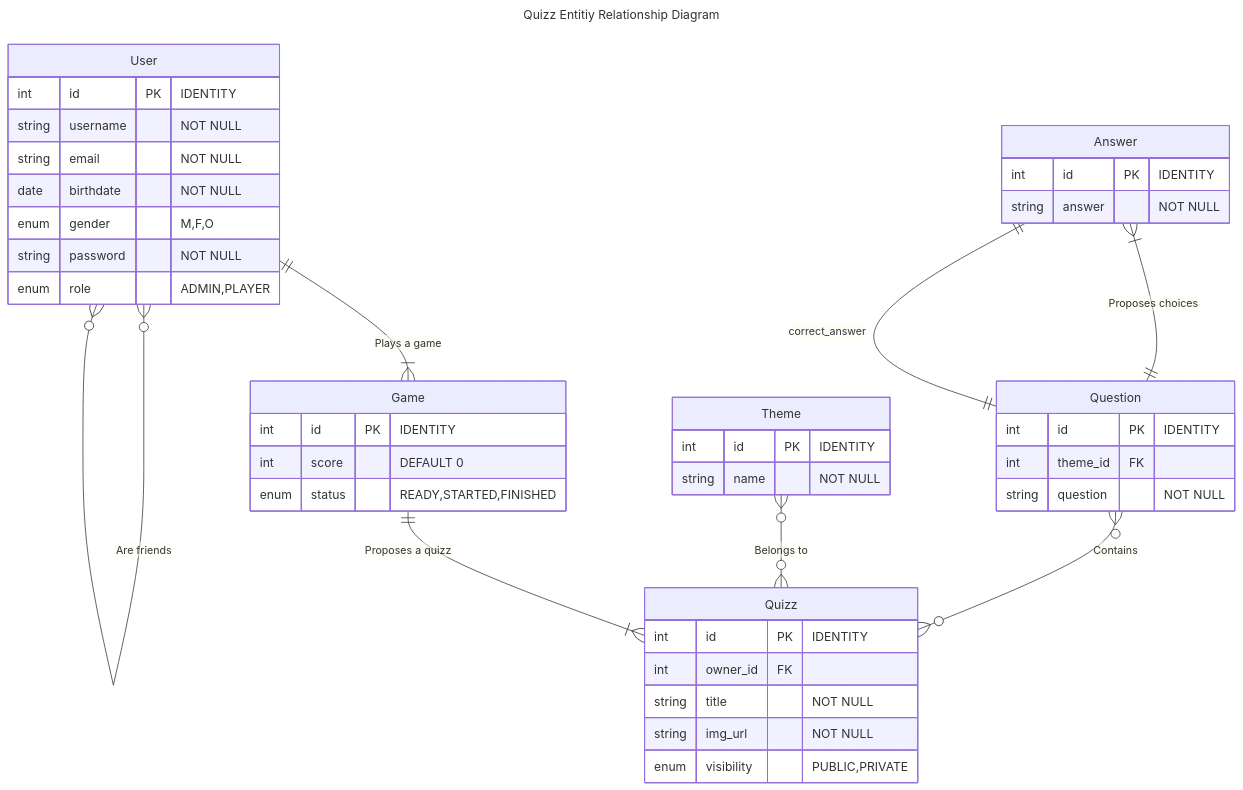
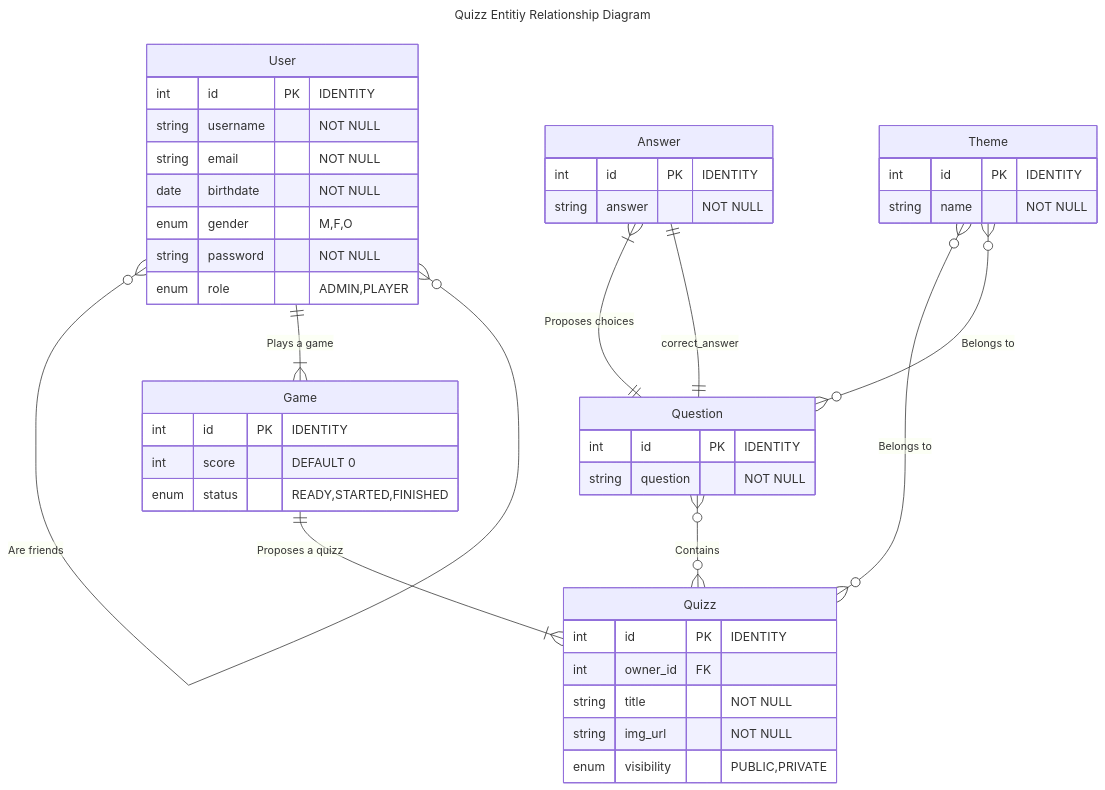
Before and after one commit to efemero-formation-fullstack/quizz: the diagram in README.md, drawn with Mermaid.

Commit message:
update README.md to reflect the entities relations

````diff
--- a/README.md
+++ b/README.md
@@ -5,56 +5,56 @@
 ```mermaid
 ---
 title: Quizz Entitiy Relationship Diagram
 ---
 
 erDiagram
 	User {
 		int id PK "IDENTITY"
 		string username "NOT NULL"
 		string email "NOT NULL"
 		date birthdate "NOT NULL"
 		enum gender "M,F,O"
 		string password "NOT NULL"
 		enum role "ADMIN,PLAYER"
 	}
 
     Quizz {
 		int id PK "IDENTITY"
         int owner_id FK
         string title "NOT NULL"
         string img_url "NOT NULL"
         enum visibility "PUBLIC,PRIVATE"
     }
 
 
     Game {
 		int id PK "IDENTITY"
         int score "DEFAULT 0"
         enum status "READY,STARTED,FINISHED"
         
     }
 
     Question {
 		int id PK "IDENTITY"
-        int theme_id FK
         string question "NOT NULL"
     }
 
     Answer {
 		int id PK "IDENTITY"
         string answer "NOT NULL"
     }
 
     Theme {
 		int id PK "IDENTITY"
         string name "NOT NULL"
     }
 
 	User }o--o{ User : "Are friends"
 	Question }o--o{ Quizz : "Contains"
 	Theme }o--o{ Quizz : "Belongs to"
+	Theme }o--o{ Question : "Belongs to"
 	Answer }|--|| Question : "Proposes choices"
 	User ||--|{ Game : "Plays a game"
 	Game ||--|{ Quizz : "Proposes a quizz"
 	Answer ||--|| Question : "correct_answer"
 ```
````
